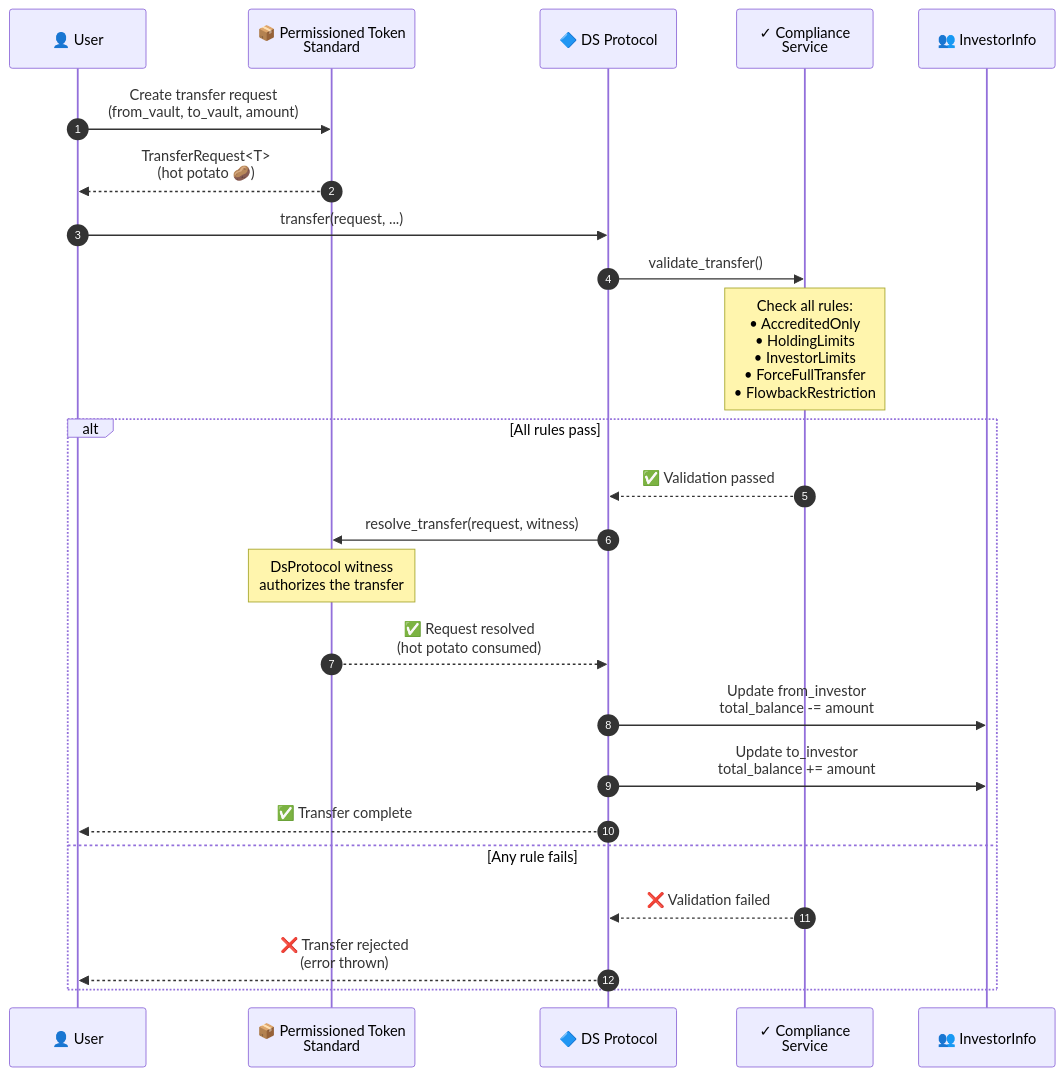
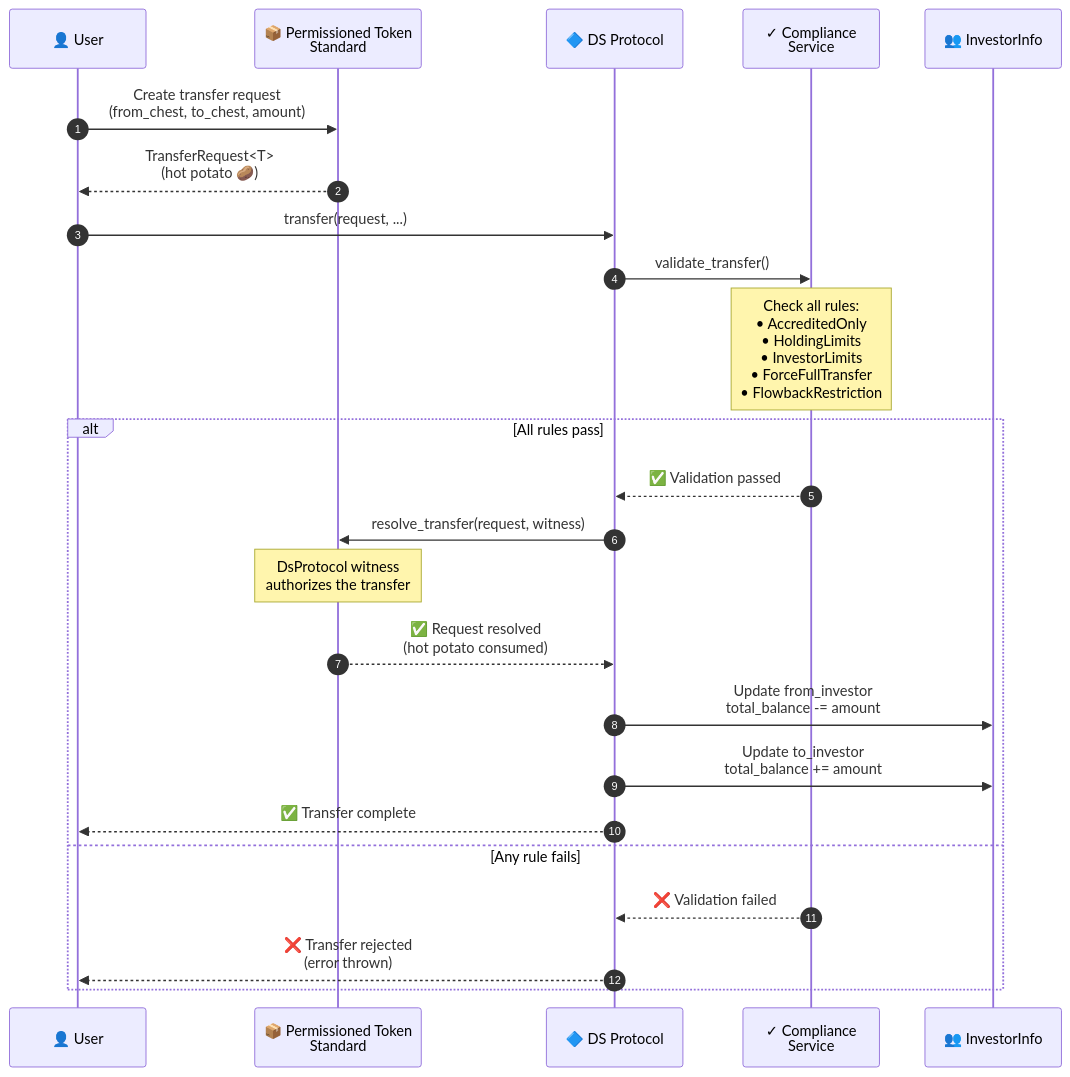
The diagram in docs/transfer-flow.md (securitize-io/bc-sui-dstoken-sc), drawn with Mermaid before and after one commit. The commit also changed 15 other files, not shown here.

````diff
--- a/docs/transfer-flow.md
+++ b/docs/transfer-flow.md
@@ -3,34 +3,34 @@
 ```mermaid
 sequenceDiagram
     autonumber
     participant User as 👤 User
     participant PTS as 📦 Permissioned Token<br/>Standard
     participant DS as 🔷 DS Protocol
     participant Compliance as ✓ Compliance<br/>Service
     participant Registry as 👥 InvestorInfo
 
-    User->>PTS: Create transfer request<br/>(from_vault, to_vault, amount)
+    User->>PTS: Create transfer request<br/>(from_chest, to_chest, amount)
     PTS-->>User: TransferRequest<T><br/>(hot potato 🥔)
 
     User->>DS: transfer(request, ...)
 
     DS->>Compliance: validate_transfer()
 
     Note over Compliance: Check all rules:<br/>• AccreditedOnly<br/>• HoldingLimits<br/>• InvestorLimits<br/>• ForceFullTransfer<br/>• FlowbackRestriction
 
     alt All rules pass
         Compliance-->>DS: ✅ Validation passed
 
         DS->>PTS: resolve_transfer(request, witness)
         Note over PTS: DsProtocol witness<br/>authorizes the transfer
         PTS-->>DS: ✅ Request resolved<br/>(hot potato consumed)
 
         DS->>Registry: Update from_investor<br/>total_balance -= amount
         DS->>Registry: Update to_investor<br/>total_balance += amount
 
         DS-->>User: ✅ Transfer complete
     else Any rule fails
         Compliance-->>DS: ❌ Validation failed
         DS-->>User: ❌ Transfer rejected<br/>(error thrown)
     end
 ```
````
